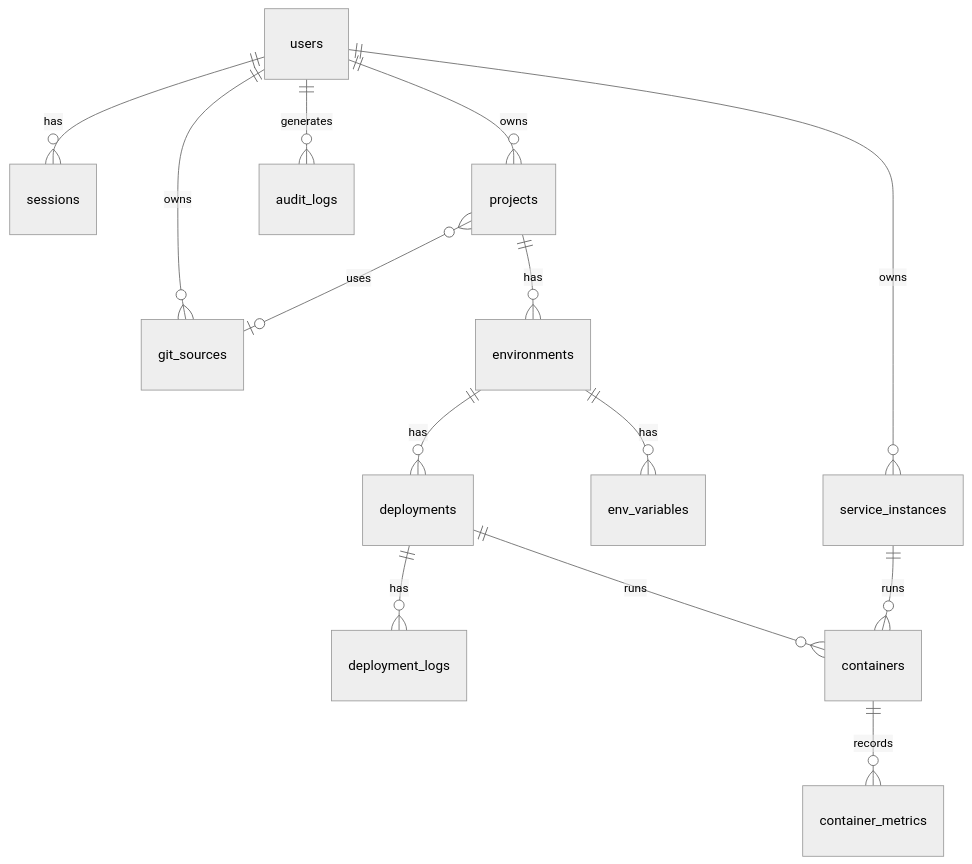
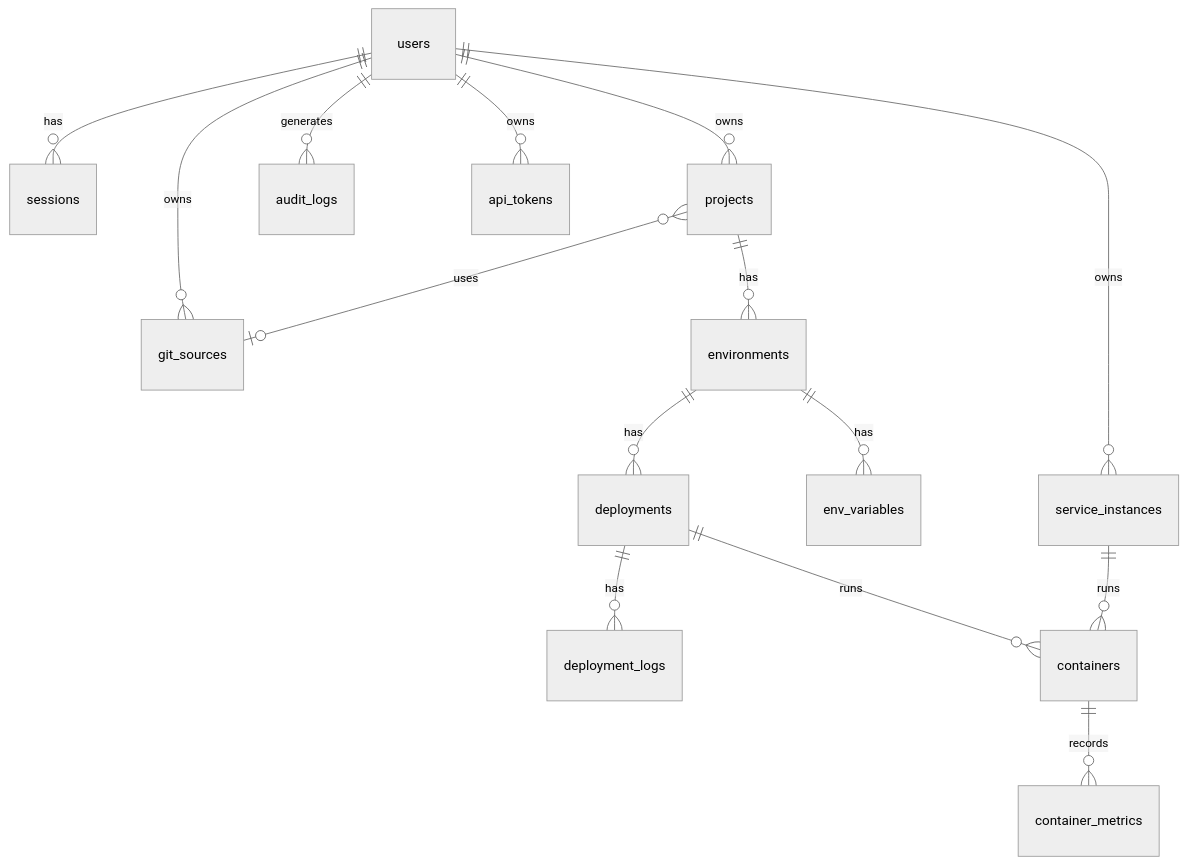
One commit to raythurman2386/goforge changed the diagram in docs/reference/database-schema.md. Above: the diagram before and after it, drawn with Mermaid (neutral theme). The commit also changed other lines of this file and 16 other files, not shown here.

````diff
--- a/docs/reference/database-schema.md
+++ b/docs/reference/database-schema.md
@@ -11,16 +11,17 @@
 ```mermaid
 erDiagram
     users ||--o{ sessions : has
     users ||--o{ git_sources : owns
     users ||--o{ projects : owns
     users ||--o{ service_instances : owns
     users ||--o{ audit_logs : generates
+    users ||--o{ api_tokens : owns
     projects ||--o{ environments : has
     projects }o--o| git_sources : uses
     environments ||--o{ env_variables : has
     environments ||--o{ deployments : has
     deployments ||--o{ deployment_logs : has
     deployments ||--o{ containers : runs
     service_instances ||--o{ containers : runs
     containers ||--o{ container_metrics : records
 ```
````
